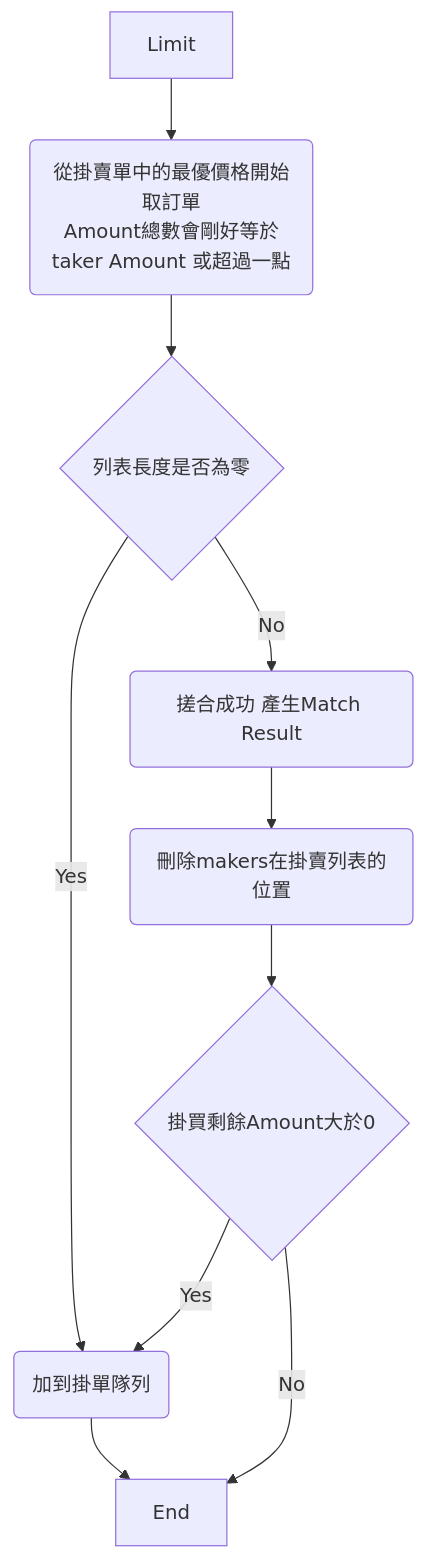
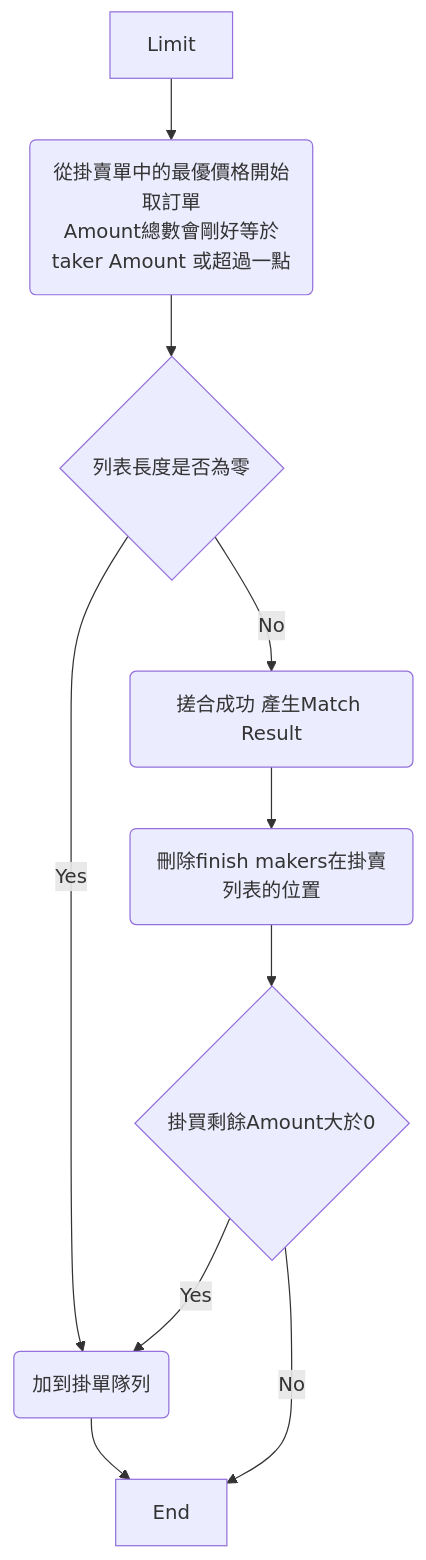
Before and after one commit to n960321/Trading-Engine: the first of 3 diagrams in README.md, drawn with Mermaid. The commit also changed other lines of this file and 6 other files, not shown here.

````diff
--- a/README.md
+++ b/README.md
@@ -42,12 +43,12 @@
 ```mermaid
 flowchart TD
     Limit --> buy(從掛賣單中的最優價格開始取訂單\nAmount總數會剛好等於taker Amount 或超過一點)
     buy --> check_buy{列表長度是否為零}
     check_buy -- Yes --> addToBuy(加到掛單隊列)
     check_buy -- No --> match(搓合成功 產生Match Result)
-    match --> delete_maker(刪除makers在掛賣列表的位置)
+    match --> delete_maker(刪除finish makers在掛賣列表的位置)
     delete_maker --> buyAmount{掛買剩餘Amount大於0}
     buyAmount -- Yes --> addToBuy
     buyAmount -- No --> End
     addToBuy --> End
 ```
````
